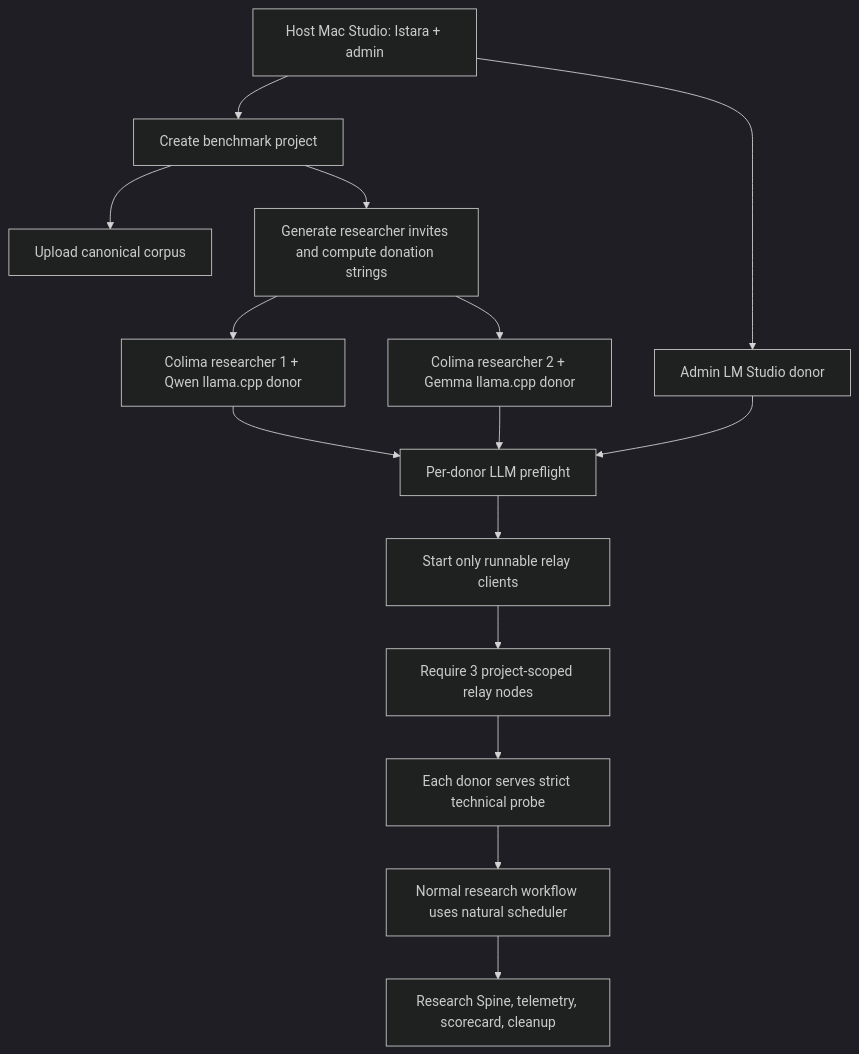
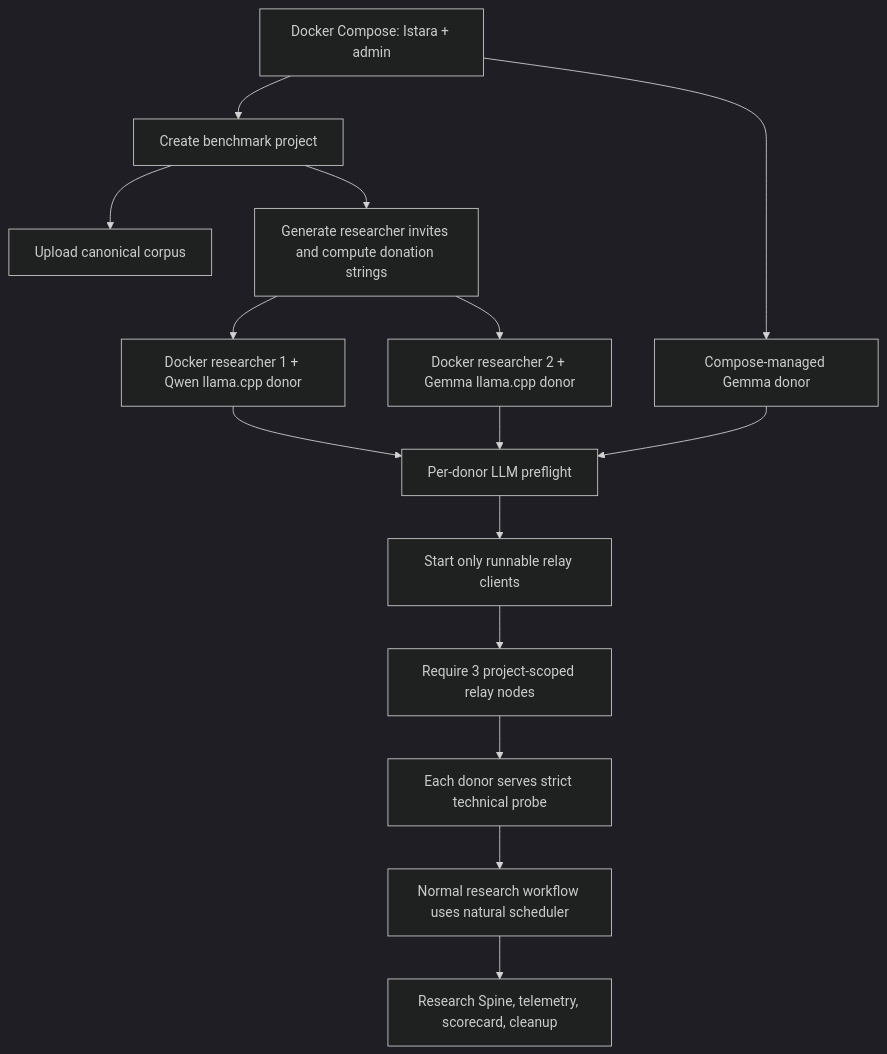
The diagram in tests/real_user_benchmark/benchmark-plan.md (henrique-simoes/Istara), drawn with Mermaid (dark theme) before and after one commit. The commit also changed other lines of this file and 1576 other files, not shown here.

````diff
--- a/tests/real_user_benchmark/benchmark-plan.md
+++ b/tests/real_user_benchmark/benchmark-plan.md
@@ -55,17 +55,17 @@
 ```mermaid
 flowchart TD
-  A["Host Mac Studio: Istara + admin"] --> B["Create benchmark project"]
+  A["Docker Compose: Istara + admin"] --> B["Create benchmark project"]
   B --> C["Upload canonical corpus"]
-  A --> D["Admin LM Studio donor"]
+  A --> D["Compose-managed Gemma donor"]
   B --> E["Generate researcher invites and compute donation strings"]
-  E --> F["Colima researcher 1 + Qwen llama.cpp donor"]
-  E --> G["Colima researcher 2 + Gemma llama.cpp donor"]
+  E --> F["Docker researcher 1 + Qwen llama.cpp donor"]
+  E --> G["Docker researcher 2 + Gemma llama.cpp donor"]
   D --> H["Per-donor LLM preflight"]
   F --> H
   G --> H
   H --> I["Start only runnable relay clients"]
   I --> J["Require 3 project-scoped relay nodes"]
   J --> K["Each donor serves strict technical probe"]
   K --> L["Normal research workflow uses natural scheduler"]
   L --> M["Research Spine, telemetry, scorecard, cleanup"]
 ```
````
